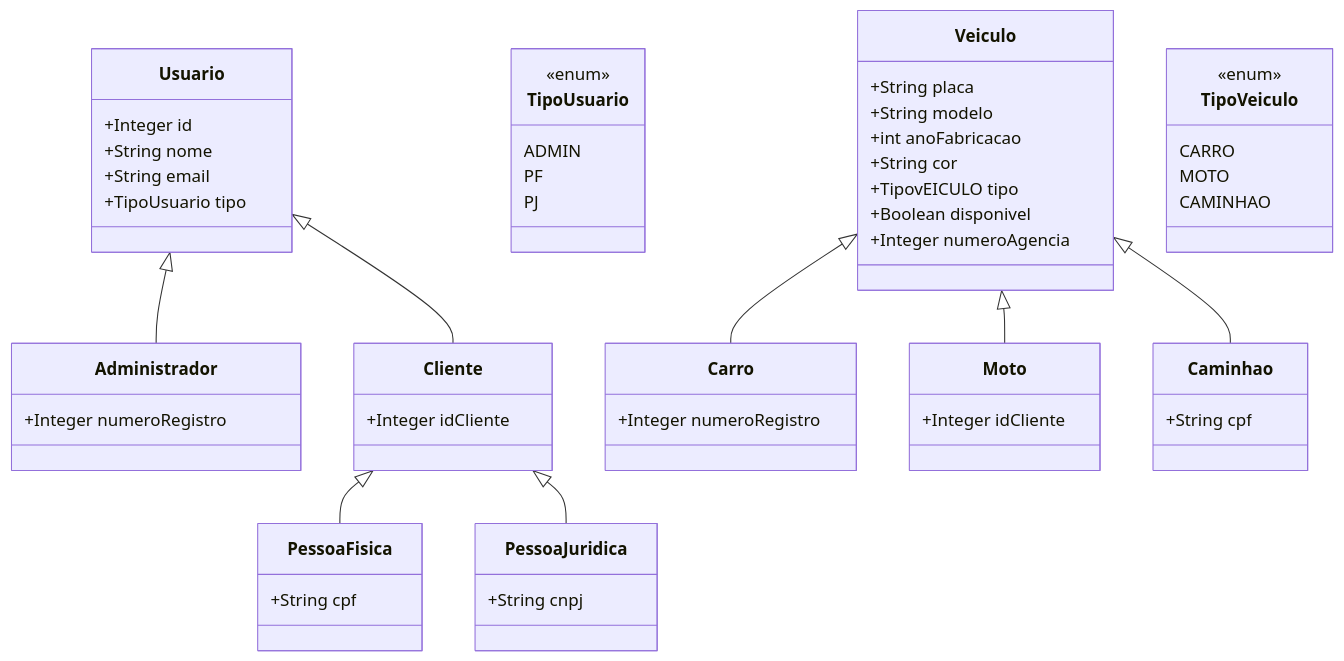
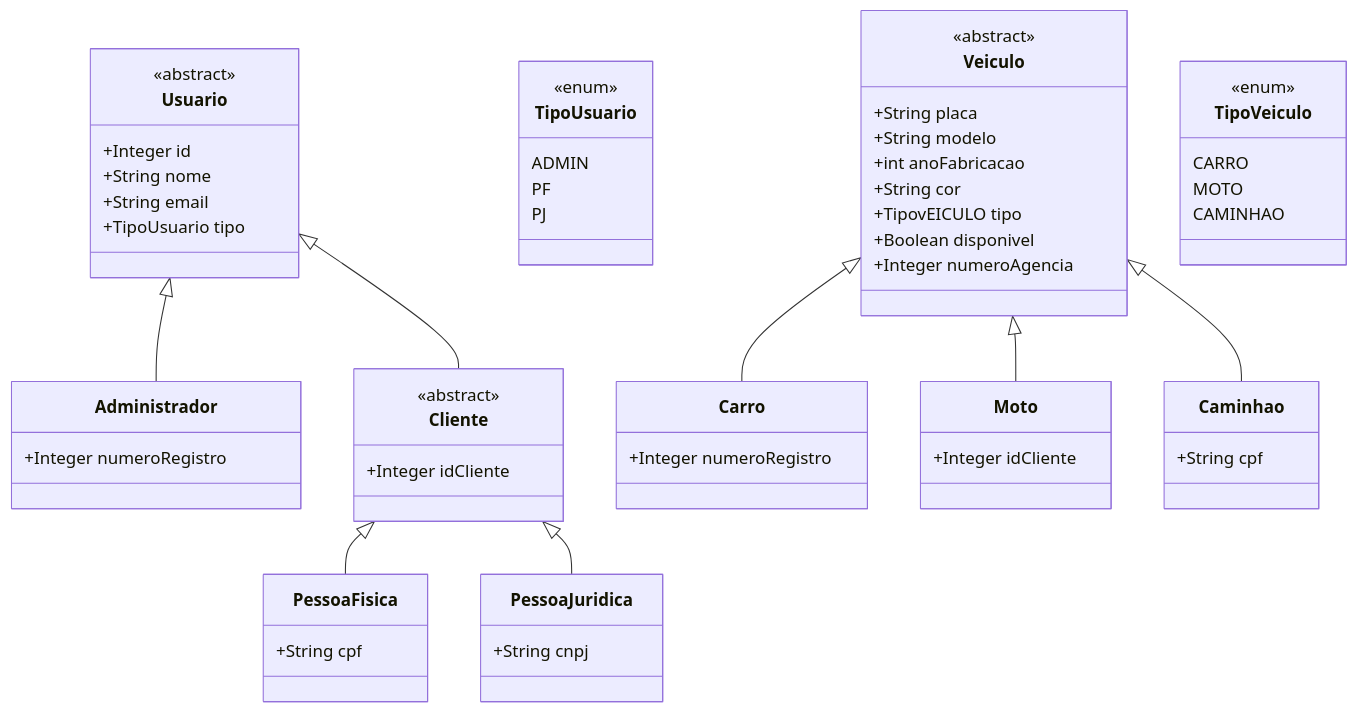
One commit to danielrdrgsn/projeto-rental-cars changed the first of 2 diagrams in README.md. Above: the diagram before and after it, drawn with Mermaid.

Commit message:
Diagrama de classes, no README, ajustado

````diff
--- a/README.md
+++ b/README.md
@@ -2,57 +2,65 @@
 ```mermaid
 classDiagram
     Usuario <|-- Administrador
     Usuario <|-- Cliente
     Cliente <|-- PessoaFisica
     Cliente <|-- PessoaJuridica
-    Usuario : +Integer id
-    Usuario : +String nome
-    Usuario: +String email
-    Usuario: +TipoUsuario tipo
     
+    class Usuario {
+        <<abstract>>
+        +Integer id
+        +String nome
+        +String email
+        +TipoUsuario tipo
+    }
     class Administrador{
       +Integer numeroRegistro
     }
     class Cliente{
+        <<abstract>>
       +Integer idCliente
     }
     class PessoaFisica{
       +String cpf
     }
     class PessoaJuridica{
       +String cnpj
     }
     class TipoUsuario{
         <<enum>>
         ADMIN
         PF
         PJ
     }
 
     Veiculo <|-- Carro
     Veiculo <|-- Moto
     Veiculo <|-- Caminhao
-    Veiculo : +String placa
-    Veiculo: +String modelo
-    Veiculo: +int anoFabricacao
-    Veiculo: +String cor
-    Veiculo: +TipovEICULO tipo
-    Veiculo: +Boolean disponivel
-    Veiculo: +Integer numeroAgencia
+    
+    class Veiculo {
+        <<abstract>>
+        +String placa
+        +String modelo
+        +int anoFabricacao
+        +String cor
+        +TipovEICULO tipo
+        +Boolean disponivel
+        +Integer numeroAgencia
+    }
     
     class Carro{
       +Integer numeroRegistro
     }
     class Moto{
       +Integer idCliente
     }
     class Caminhao{
       +String cpf
     }
     class TipoVeiculo{
         <<enum>>
         CARRO
         MOTO
         CAMINHAO
     }
 ```
````
